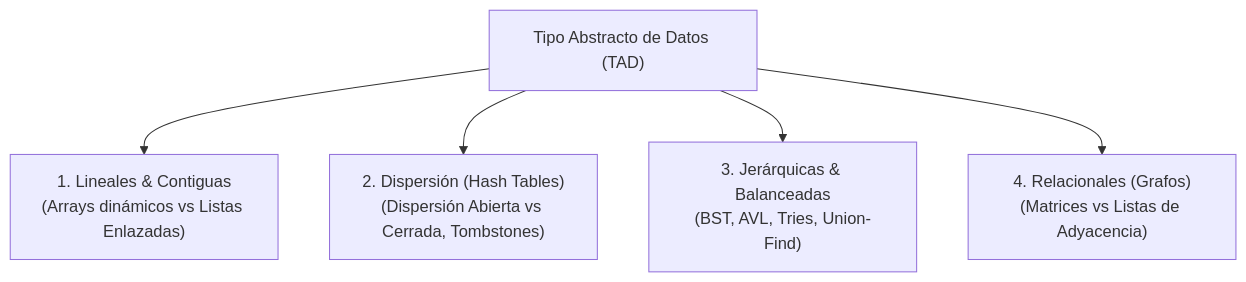
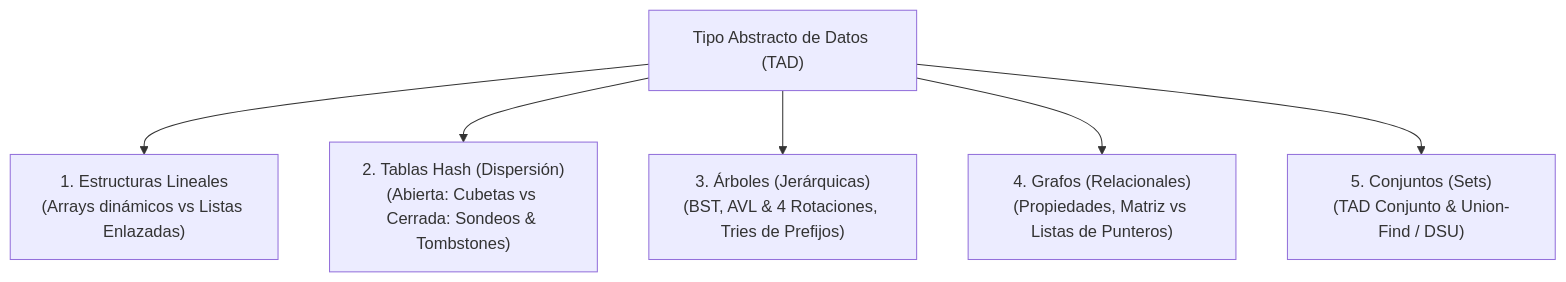
Before and after one commit to JavierPrior845/software-stack: the first of 2 diagrams in docs/layer-1.md, drawn with Mermaid. The commit also changed other lines of this file, not shown here.

Commit message:
docs(layer-1): expand data structures with linear, hashing, trees, sets and graphs

````diff
--- a/docs/layer-1.md
+++ b/docs/layer-1.md
@@ -11,7 +13,8 @@
 ```mermaid
 graph TD
-    TAD["Tipo Abstracto de Datos (TAD)"] --> LINEAL["1. Lineales & Contiguas\n(Arrays dinámicos vs Listas Enlazadas)"]
-    TAD --> HASH["2. Dispersión (Hash Tables)\n(Dispersión Abierta vs Cerrada, Tombstones)"]
-    TAD --> TREES["3. Jerárquicas & Balanceadas\n(BST, AVL, Tries, Union-Find)"]
-    TAD --> GRAPHS["4. Relacionales (Grafos)\n(Matrices vs Listas de Adyacencia)"]
+    TAD["Tipo Abstracto de Datos (TAD)"] --> LINEAL["1. Estructuras Lineales\n(Arrays dinámicos vs Listas Enlazadas)"]
+    TAD --> HASH["2. Tablas Hash (Dispersión)\n(Abierta: Cubetas vs Cerrada: Sondeos & Tombstones)"]
+    TAD --> TREES["3. Árboles (Jerárquicas)\n(BST, AVL & 4 Rotaciones, Tries de Prefijos)"]
+    TAD --> GRAPHS["4. Grafos (Relacionales)\n(Propiedades, Matriz vs Listas de Punteros)"]
+    TAD --> SETS["5. Conjuntos (Sets)\n(TAD Conjunto & Union-Find / DSU)"]
 ```
````
